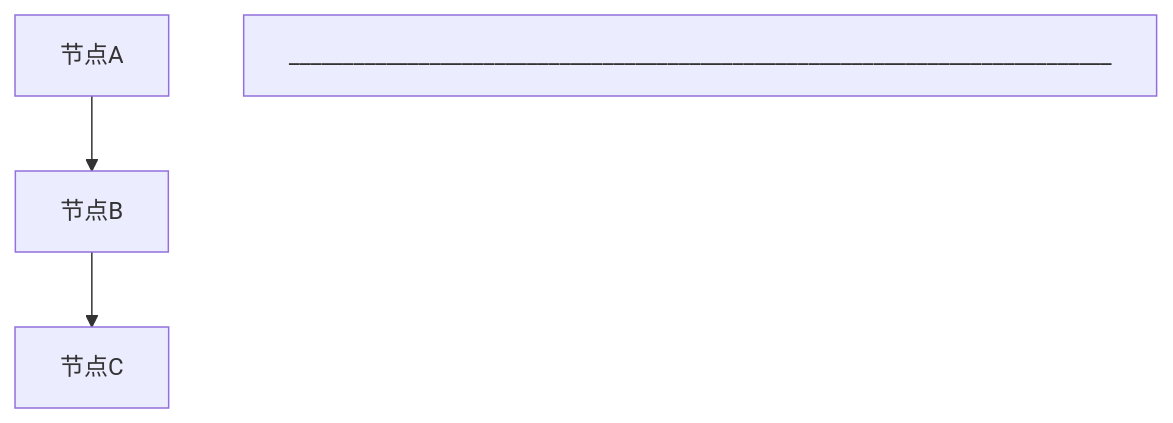
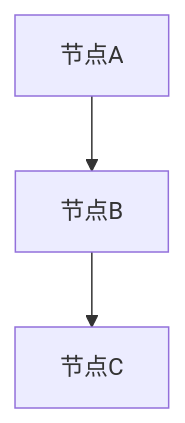
Before and after one commit to JIYIC-P/CapsWriter_fixed: the first of 2 diagrams in README.md, drawn with Mermaid. The commit also changed other lines of this file, not shown here.

````diff
--- a/README.md
+++ b/README.md
@@ -6,7 +7,5 @@
 ```mermaid
 graph TD;
     A[节点A] --> B[节点B];
     B --> C[节点C];
-
-____________________________________________________________________________
 ```
````
